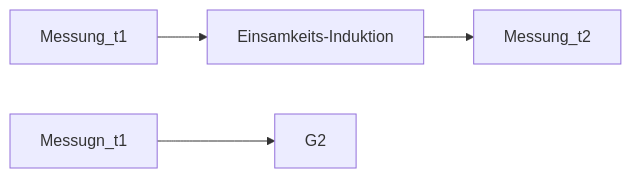
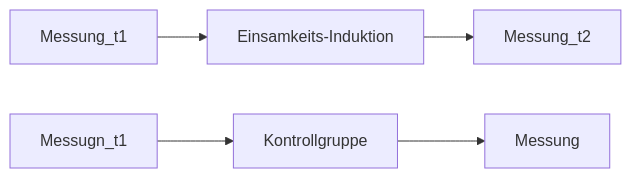
The fourth of 6 diagrams in posts/einsamkeit-modellierung/index.qmd (sebastiansauer/datenwerk), drawn with Mermaid before and after one commit. The commit also changed other lines of this file and 14 other files, not shown here.

````diff
--- a/posts/einsamkeit-modellierung/index.qmd
+++ b/posts/einsamkeit-modellierung/index.qmd
@@ -141,6 +147,7 @@
 ```{mermaid}
 graph LR
   Messung_t1 --> G1[Einsamkeits-Induktion] 
-  Messugn_t1 --> G2
+  Messugn_t1 --> G2[Kontrollgruppe]
   G1 --> Messung_t2 
+  G2 --> Messung
 ```
````
